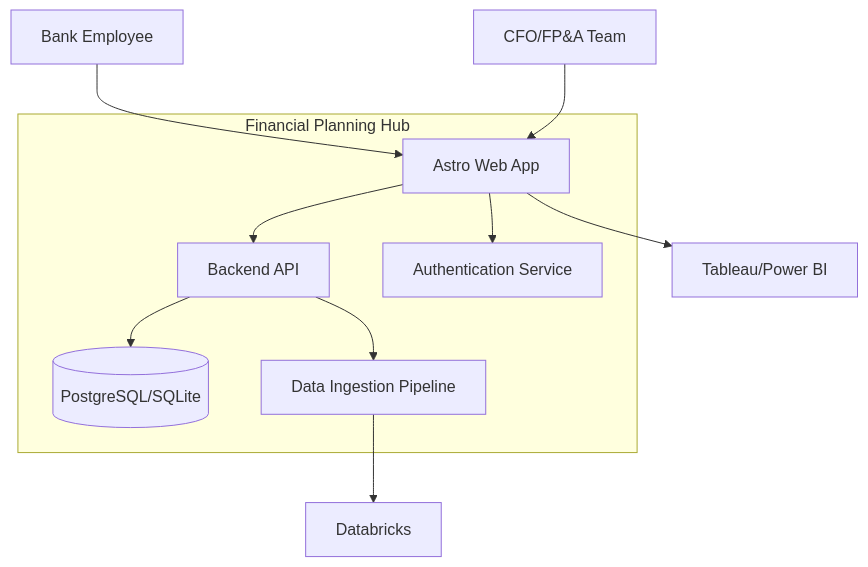
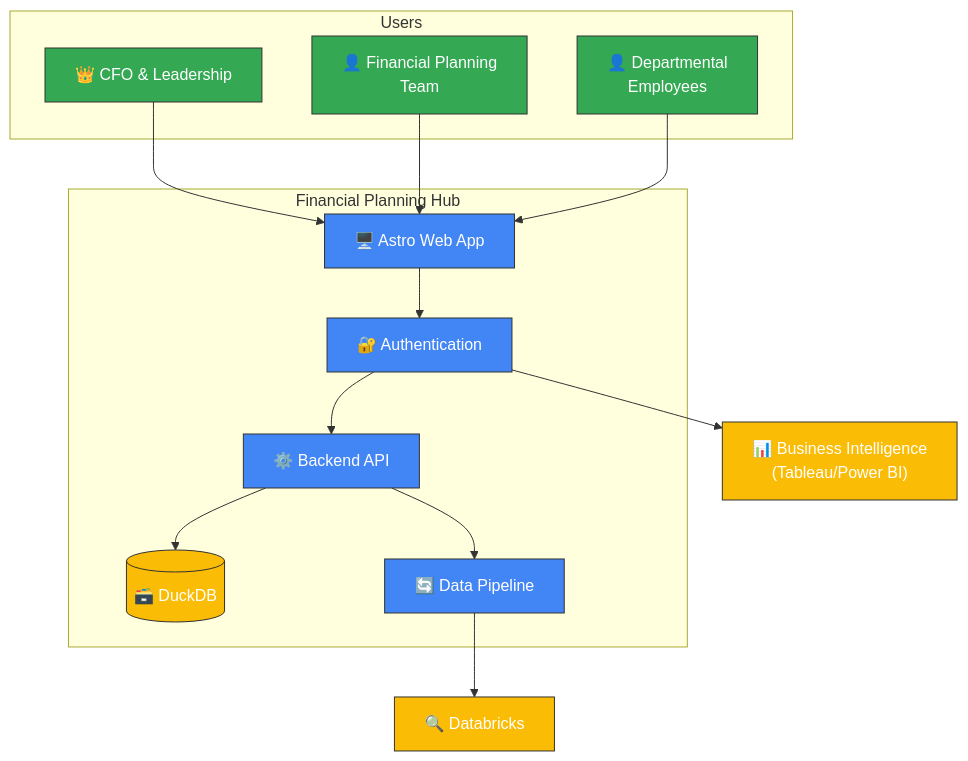
One commit to arthurpeixotomelo/fin-hub changed the second of 3 diagrams in README.md. Above: the diagram before and after it, drawn with Mermaid. The commit also changed other lines of this file and 1 other file, not shown here.

````diff
--- a/README.md
+++ b/README.md
@@ -36,23 +65,32 @@
 ```mermaid
 flowchart TD
-    subgraph Financial Planning Hub
-        Web[Astro Web App]
-        API[Backend API]
-        DB[(PostgreSQL/SQLite)]
-        AuthC[Authentication Service]
-        Pipeline[Data Ingestion Pipeline]
-    end
-    TableauC[Tableau/Power BI]
-    DatabricksC[Databricks]
-    UserC[Bank Employee]
-    AdminC[CFO/FP&A Team]
-
-    UserC --> Web
-    AdminC --> Web
-    Web --> AuthC
-    Web --> API
-    Web --> TableauC
-    API --> DB
-    API --> Pipeline
-    Pipeline --> DatabricksC
+  subgraph Users
+    CFO["👑 CFO & Leadership"]
+    FP["👤 Financial Planning<br/>Team"]
+    DE["👤 Departmental<br/>Employees"]
+  end
+    
+  subgraph "Financial Planning Hub"
+    WebApp["🖥️ Astro Web App"] --> Auth["🔐 Authentication"]
+    API["⚙️ Backend API"]
+    DB[(🗃️ DuckDB)]
+    Pipeline["🔄 Data Pipeline"]
+  end
+    
+    CFO --> WebApp
+    FP --> WebApp
+    DE --> WebApp
+    Auth --> API
+    API -->  DB
+    API -->  Pipeline
+    Auth --> BI["📊 Business Intelligence<br/>(Tableau/Power BI)"]
+    Pipeline --> DTB["🔍 Databricks"]
+    
+    classDef primary fill:#4285F4,stroke:#333,stroke-width:1px,color:white
+    classDef secondary fill:#34A853,stroke:#333,stroke-width:1px,color:white
+    classDef tertiary fill:#FBBC05,stroke:#333,stroke-width:1px,color:white
+    
+    class WebApp,API,Auth,Pipeline primary
+    class CFO,FP,DE secondary
+    class BI,DB,DTB tertiary
 ```
````
